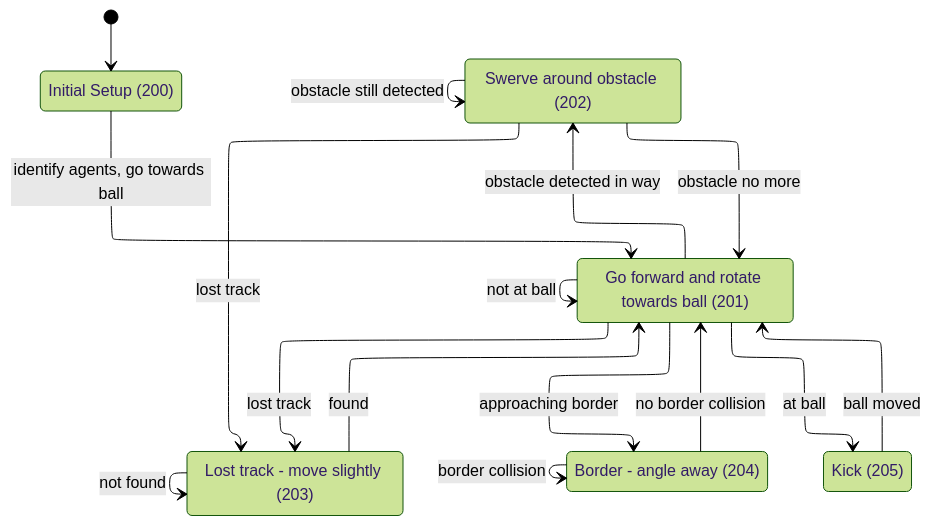
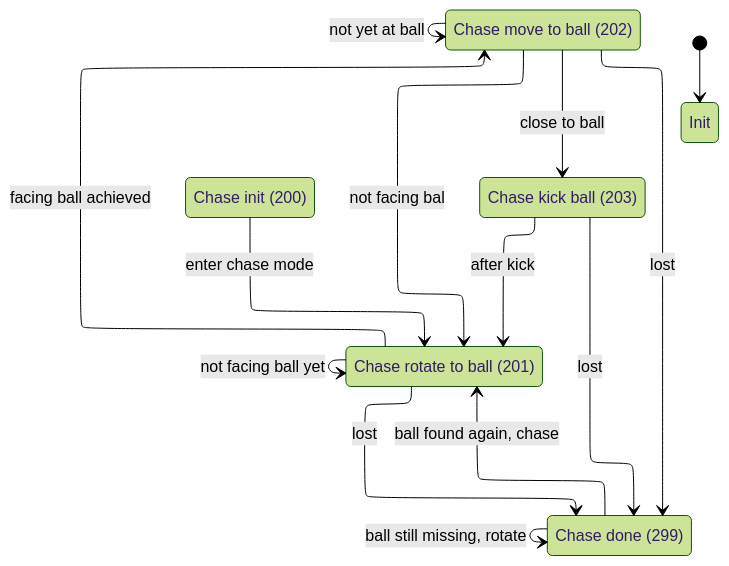
The diagram in FSM diagrams/follow-ball.mmd (Wengxin04/CSC85-RoboSoccer), drawn with Mermaid (forest theme) before and after one commit.

Commit message:
chase mmd

```diff
--- a/FSM diagrams/follow-ball.mmd
+++ b/FSM diagrams/follow-ball.mmd
@@ -1,44 +1,36 @@
 ---
 config:
   layout: elk
 ---
 stateDiagram
     direction TB
 
     %% Define States
-    state "Initial Setup (200)" as Init
-    state "Go forward and rotate towards ball (201)" as GoForwardRotate
-    %% state "Go straight towards ball (202)" as GoStraight
-    state "Swerve around obstacle (202)" as Swerve
-    %%state "At ball (204)" as AtBall
-    state "Lost track - move slightly (203)" as LostTrack
-    state "Border - angle away (204)" as Border
-    state "Kick (205)" as Kick
+    state "Chase init (200)" as ChaseInit
+    state "Chase rotate to ball (201)" as ChaseRotate
+    state "Chase move to ball (202)" as ChaseMove
+    state "Chase kick ball (203)" as ChaseKick
+    state "Chase done (299)" as ChaseDone
+
 
     %% Transitions
     [*] --> Init
-    Init --> GoForwardRotate: identify agents, go towards ball
-    
-    GoForwardRotate --> LostTrack : lost track
-    GoForwardRotate --> GoForwardRotate : not at ball
-    GoForwardRotate --> Swerve: obstacle detected in way
-    GoForwardRotate --> Border: approaching border
-    GoForwardRotate --> Kick: at ball
-    %%GoForwardRotate --> GoStraight : facing ball
-    
-    %%GoStraight --> LostTrack : lost track
-    %%GoStraight --> GoForwardRotate : ball moved
-    %%GoStraight --> Swerve : obstacle detected
-    %%GoStraight --> AtBall : arrived at ball
-    
-    Swerve --> LostTrack : lost track
-    Swerve --> Swerve : obstacle still detected
-    Swerve --> GoForwardRotate : obstacle no more
-    
-    Kick --> GoForwardRotate: ball moved
+    ChaseInit --> ChaseRotate: enter chase mode
 
-    LostTrack --> LostTrack: not found
-    LostTrack --> GoForwardRotate: found
+    ChaseRotate --> ChaseMove: facing ball achieved
+    ChaseRotate --> ChaseDone: lost
+    ChaseRotate --> ChaseRotate: not facing ball yet
 
-    Border --> Border: border collision
-    Border --> GoForwardRotate: no border collision
+    %% MOVE_TO_BALL transitions
+    ChaseMove --> ChaseRotate: not facing bal
+    ChaseMove --> ChaseKick: close to ball
+    ChaseMove --> ChaseDone: lost
+    ChaseMove --> ChaseMove: not yet at ball
+
+    %% KICK_BALL transitions
+    ChaseKick --> ChaseRotate: after kick
+    ChaseKick --> ChaseDone: lost
+
+    %% DONE transitions
+    ChaseDone --> ChaseRotate: ball found again, chase
+    ChaseDone --> ChaseDone: ball still missing, rotate
```
